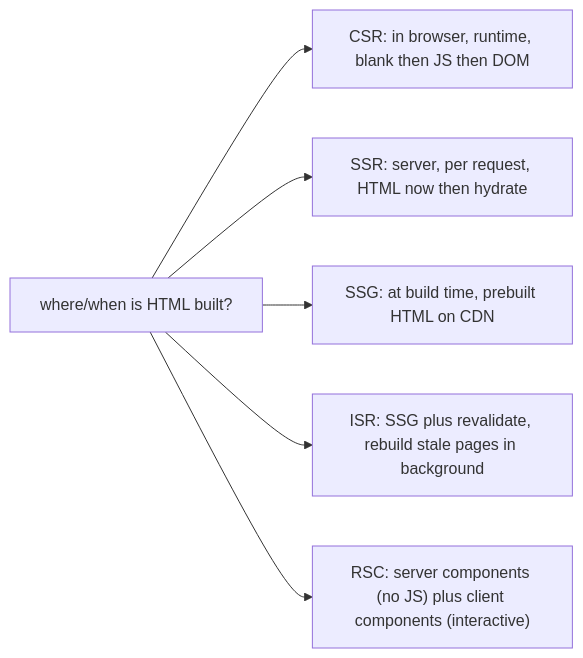
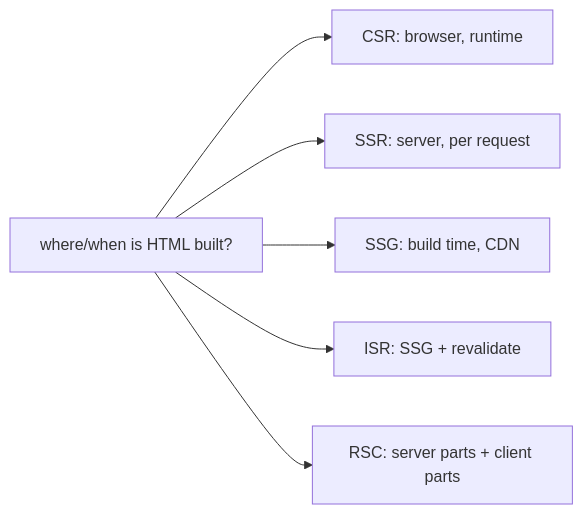
One commit to ashishxcode/frontend-internals changed the diagram in packages/content/content/19-rendering-strategies.mdx. Above: the diagram before and after it, drawn with Mermaid. The commit also changed other lines of this file and 34 other files, not shown here.

````diff
--- a/packages/content/content/19-rendering-strategies.mdx
+++ b/packages/content/content/19-rendering-strategies.mdx
@@ -34,8 +29,8 @@
 ```mermaid
 flowchart LR
-  q["where/when is HTML built?"] --> csr["CSR: in browser, runtime, blank then JS then DOM"]
-  q --> ssr["SSR: server, per request, HTML now then hydrate"]
-  q --> ssg["SSG: at build time, prebuilt HTML on CDN"]
-  q --> isr["ISR: SSG plus revalidate, rebuild stale pages in background"]
-  q --> rsc["RSC: server components (no JS) plus client components (interactive)"]
+  q["where/when is HTML built?"] --> csr["CSR: browser, runtime"]
+  q --> ssr["SSR: server, per request"]
+  q --> ssg["SSG: build time, CDN"]
+  q --> isr["ISR: SSG + revalidate"]
+  q --> rsc["RSC: server parts + client parts"]
 ```
````
